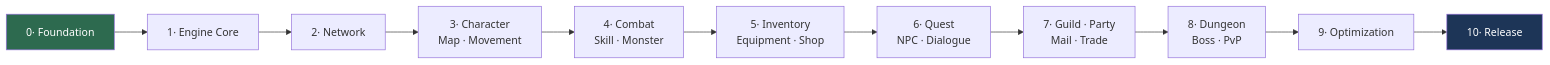
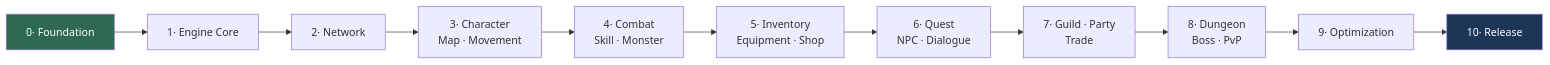
Before and after one commit to ta-min-hieu/shinobi-engine: the diagram in docs/11-process/ROADMAP.md, drawn with Mermaid. The commit also changed other lines of this file and 46 other files, not shown here.

````diff
--- a/docs/11-process/ROADMAP.md
+++ b/docs/11-process/ROADMAP.md
@@ -29,16 +29,16 @@
 ```mermaid
 graph LR
     P0["0· Foundation"] --> P1["1· Engine Core"]
     P1 --> P2["2· Network"]
     P2 --> P3["3· Character<br/>Map · Movement"]
     P3 --> P4["4· Combat<br/>Skill · Monster"]
     P4 --> P5["5· Inventory<br/>Equipment · Shop"]
     P5 --> P6["6· Quest<br/>NPC · Dialogue"]
-    P6 --> P7["7· Guild · Party<br/>Mail · Trade"]
+    P6 --> P7["7· Guild · Party<br/>Trade"]
     P7 --> P8["8· Dungeon<br/>Boss · PvP"]
     P8 --> P9["9· Optimization"]
     P9 --> P10["10· Release"]
 
     style P0 fill:#2d6a4f,color:#fff
     style P10 fill:#1d3557,color:#fff
 ```
````
